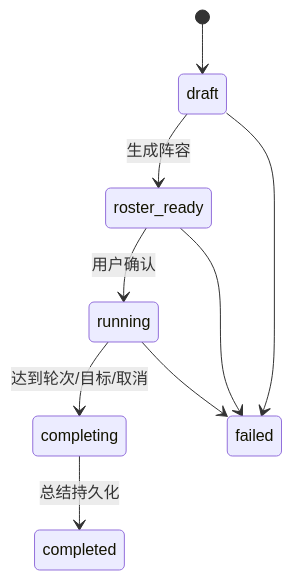
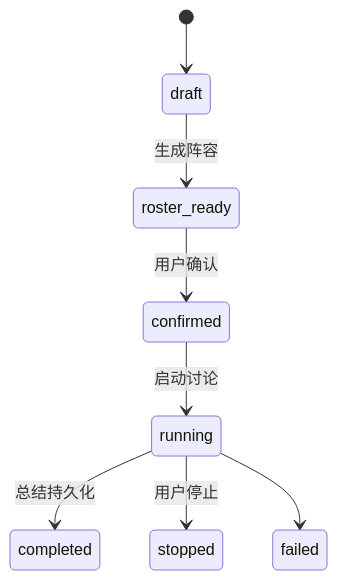
Before and after one commit to zhu310/ai-panel-studio: the third of 3 diagrams in docs/ARCHITECTURE.md, drawn with Mermaid. The commit also changed other lines of this file and 9 other files, not shown here.

````diff
--- a/docs/ARCHITECTURE.md
+++ b/docs/ARCHITECTURE.md
@@ -45,11 +41,10 @@
 ```mermaid
 stateDiagram-v2
 [*]-->draft
 draft-->roster_ready: 生成阵容
-roster_ready-->running: 用户确认
-running-->completing: 达到轮次/目标/取消
-completing-->completed: 总结持久化
-draft-->failed
-roster_ready-->failed
+roster_ready-->confirmed: 用户确认
+confirmed-->running: 启动讨论
+running-->completed: 总结持久化
+running-->stopped: 用户停止
 running-->failed
 ```
````
